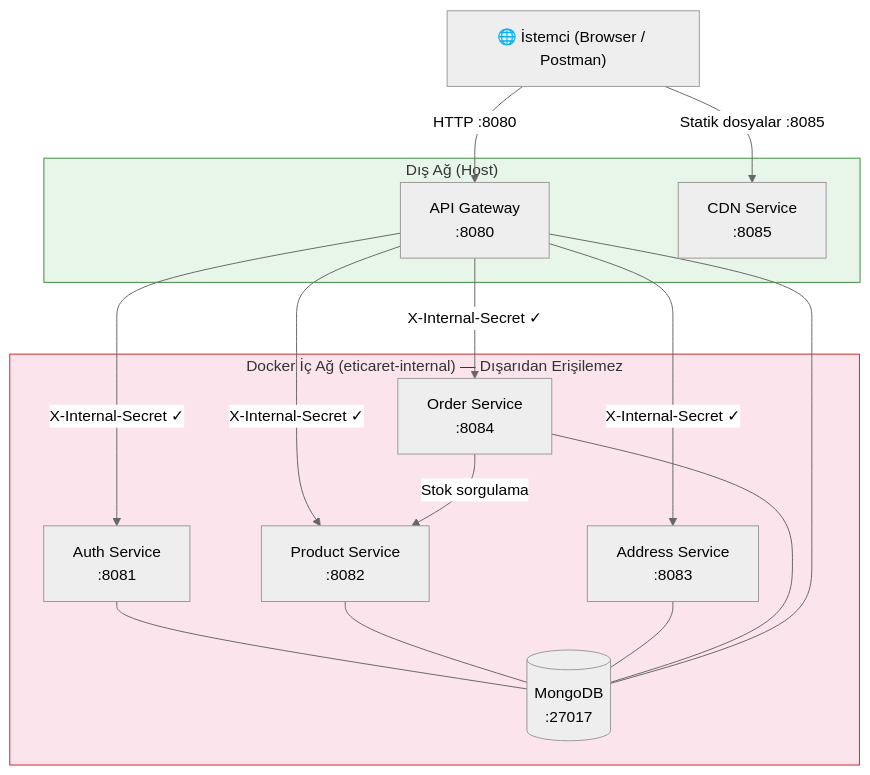
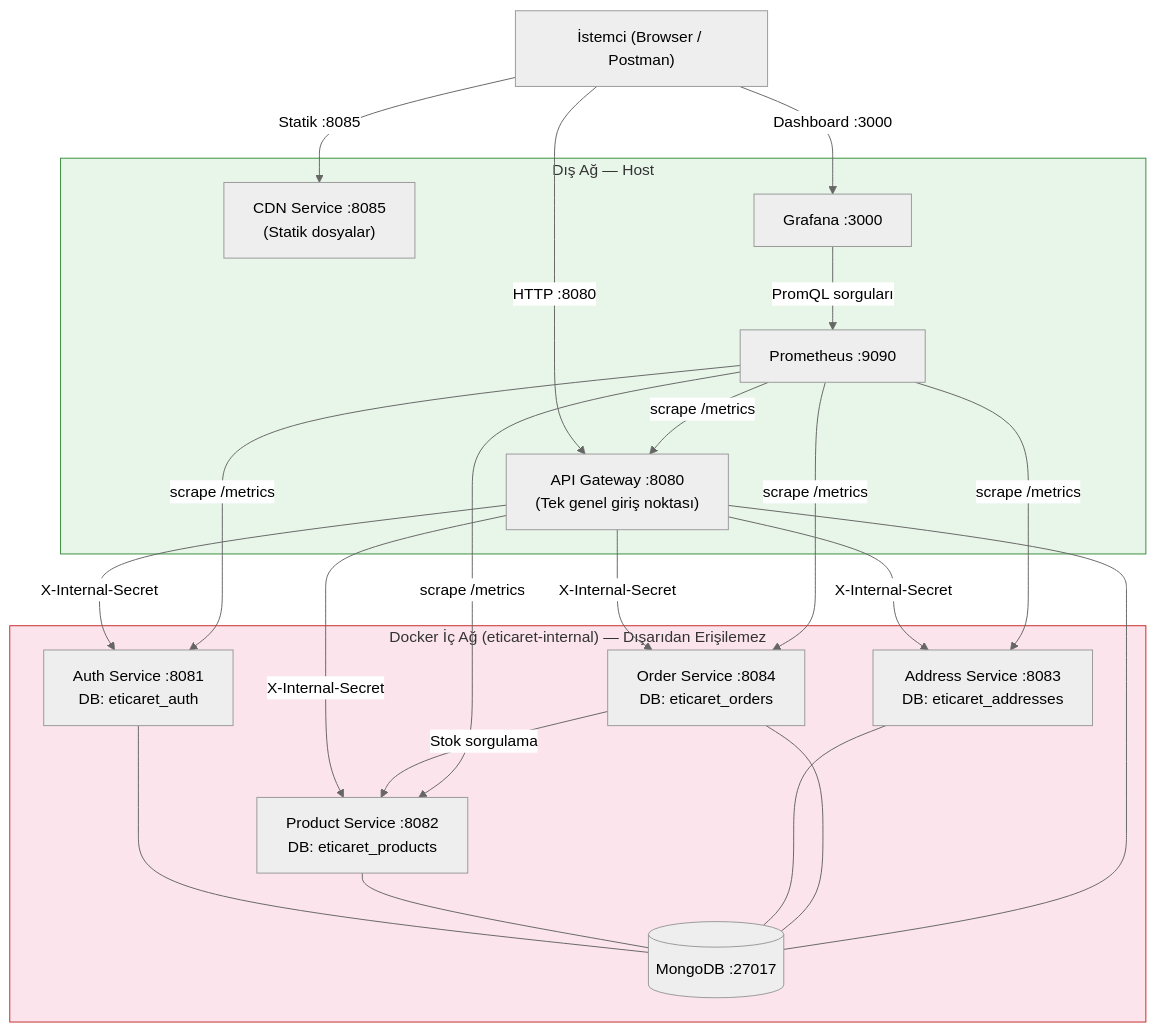
One commit to eyupcanpolat/E-Commerce_Microservices_Website changed the first of 13 diagrams in go-backend/README.md. Above: the diagram before and after it, drawn with Mermaid (neutral theme). The commit also changed other lines of this file, not shown here.

````diff
--- a/go-backend/README.md
+++ b/go-backend/README.md
@@ -9,36 +54,45 @@
 ```mermaid
 graph TB
-    Client["🌐 İstemci (Browser / Postman)"]
+    Client["İstemci (Browser / Postman)"]
 
-    subgraph Public["Dış Ağ (Host)"]
-        GW["API Gateway\n:8080"]
-        CDN["CDN Service\n:8085"]
+    subgraph Public["Dış Ağ — Host"]
+        GW["API Gateway :8080\n(Tek genel giriş noktası)"]
+        CDN["CDN Service :8085\n(Statik dosyalar)"]
+        PROM["Prometheus :9090"]
+        GRAF["Grafana :3000"]
     end
 
     subgraph Internal["Docker İç Ağ (eticaret-internal) — Dışarıdan Erişilemez"]
-        AUTH["Auth Service\n:8081"]
-        PRODUCT["Product Service\n:8082"]
-        ADDRESS["Address Service\n:8083"]
-        ORDER["Order Service\n:8084"]
-        MONGO[("MongoDB\n:27017")]
+        AUTH["Auth Service :8081\nDB: eticaret_auth"]
+        PRODUCT["Product Service :8082\nDB: eticaret_products"]
+        ADDRESS["Address Service :8083\nDB: eticaret_addresses"]
+        ORDER["Order Service :8084\nDB: eticaret_orders"]
+        MONGO[("MongoDB :27017")]
     end
 
     Client -->|"HTTP :8080"| GW
-    Client -->|"Statik dosyalar :8085"| CDN
+    Client -->|"Statik :8085"| CDN
+    Client -->|"Dashboard :3000"| GRAF
 
-    GW -->|"X-Internal-Secret ✓"| AUTH
-    GW -->|"X-Internal-Secret ✓"| PRODUCT
-    GW -->|"X-Internal-Secret ✓"| ADDRESS
-    GW -->|"X-Internal-Secret ✓"| ORDER
+    GW -->|"X-Internal-Secret"| AUTH
+    GW -->|"X-Internal-Secret"| PRODUCT
+    GW -->|"X-Internal-Secret"| ADDRESS
+    GW -->|"X-Internal-Secret"| ORDER
+    ORDER -->|"Stok sorgulama"| PRODUCT
 
-    ORDER -->|"Stok sorgulama"| PRODUCT
+    PROM -->|"scrape /metrics"| GW
+    PROM -->|"scrape /metrics"| AUTH
+    PROM -->|"scrape /metrics"| PRODUCT
+    PROM -->|"scrape /metrics"| ADDRESS
+    PROM -->|"scrape /metrics"| ORDER
+    GRAF -->|"PromQL sorguları"| PROM
 
     AUTH --- MONGO
     PRODUCT --- MONGO
     ADDRESS --- MONGO
     ORDER --- MONGO
     GW --- MONGO
 
     style Public fill:#e8f5e9,stroke:#388e3c
     style Internal fill:#fce4ec,stroke:#c62828
 ```
````
